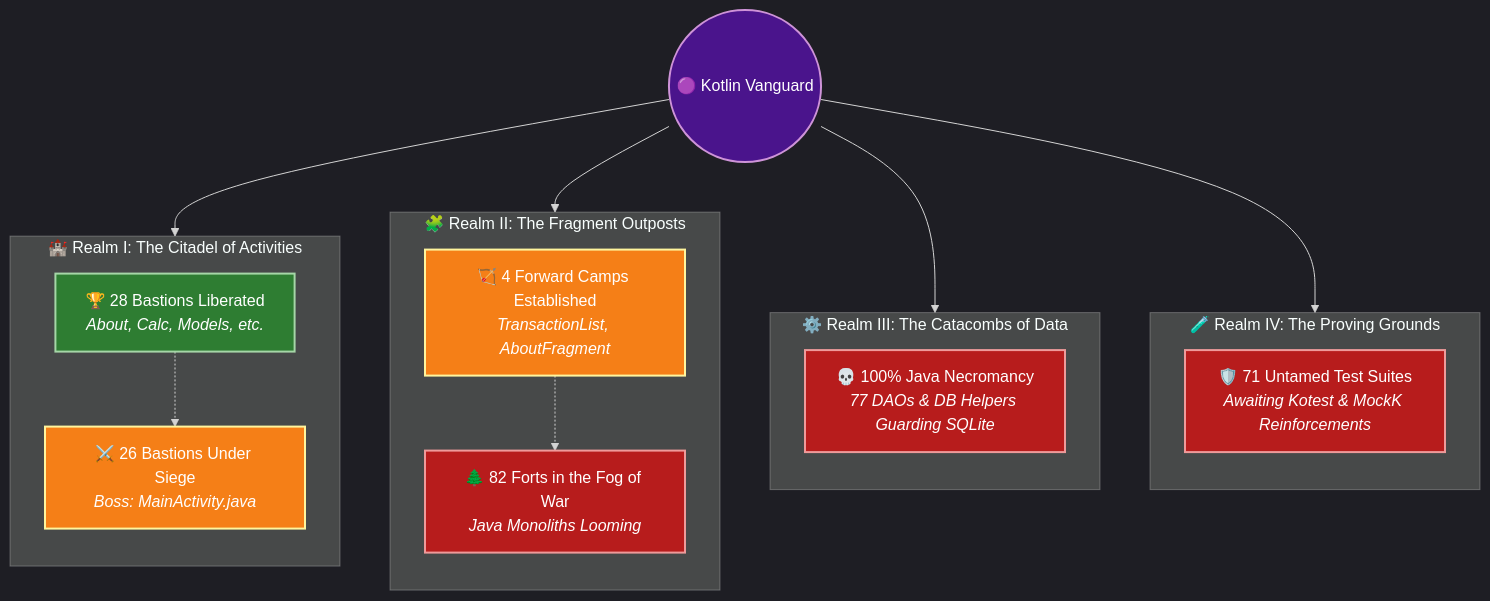
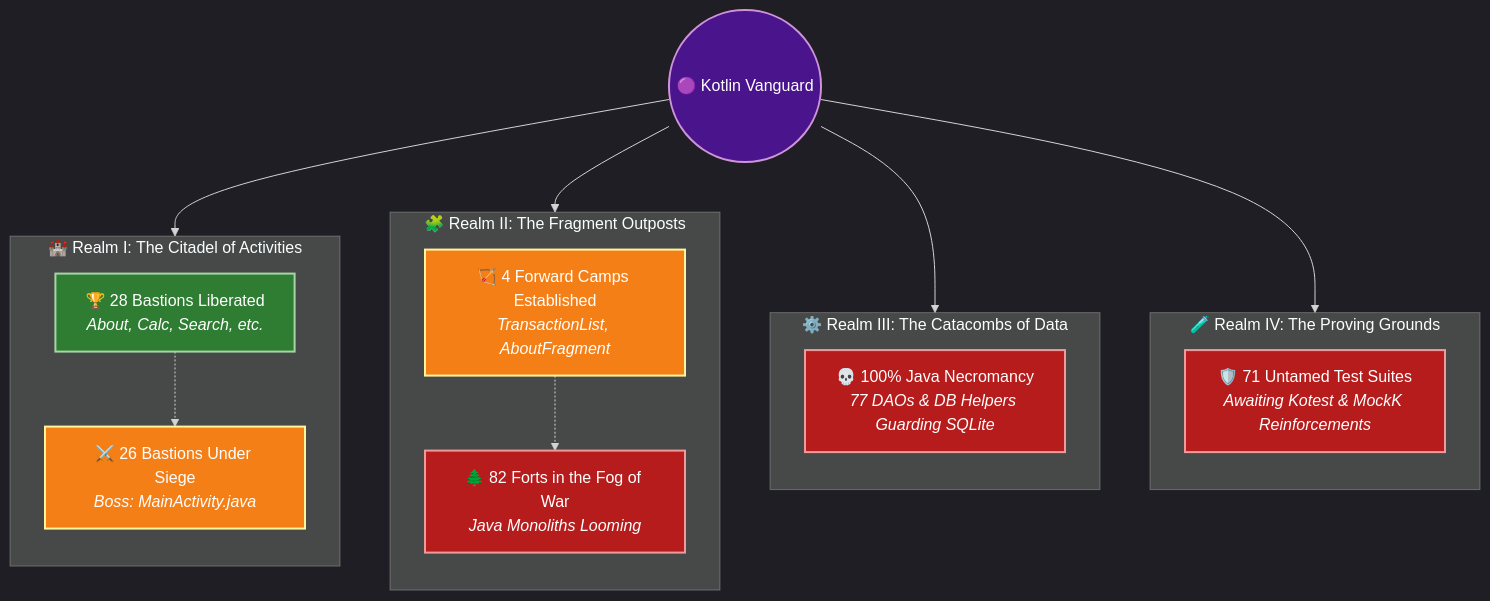
Before and after one commit to solomonrajan/cashledger: the second of 3 diagrams in KOTLIN_MIGRATION_REPORT.md, drawn with Mermaid. The commit also changed other lines of this file, not shown here.

````diff
--- a/KOTLIN_MIGRATION_REPORT.md
+++ b/KOTLIN_MIGRATION_REPORT.md
@@ -29,37 +29,37 @@
 ```mermaid
 %%{init: {'theme': 'dark', 'themeVariables': { 'fontFamily': 'monospace' }}}%%
 flowchart TD
     classDef liberated fill:#2e7d32,stroke:#a5d6a7,stroke-width:2px,color:#ffffff;
     classDef siege fill:#f57f17,stroke:#fff59d,stroke-width:2px,color:#ffffff;
     classDef occupied fill:#b71c1c,stroke:#ef9a9a,stroke-width:2px,color:#ffffff;
     classDef portal fill:#4a148c,stroke:#ce93d8,stroke-width:2px,color:#ffffff;
 
     Start((🟣 Kotlin Vanguard)):::portal --> Castle
     Start --> Valley
     Start --> Dungeon
     Start --> Arena
 
     subgraph Castle["🏰 Realm I: The Citadel of Activities"]
         direction TB
-        A_Won["🏆 28 Bastions Liberated<br/><i>About, Calc, Models, etc.</i>"]:::liberated
+        A_Won["🏆 28 Bastions Liberated<br/><i>About, Calc, Search, etc.</i>"]:::liberated
         A_Siege["⚔️ 26 Bastions Under Siege<br/><i>Boss: MainActivity.java</i>"]:::siege
         A_Won -.-> A_Siege
     end
 
     subgraph Valley["🧩 Realm II: The Fragment Outposts"]
         direction TB
         F_Scout["🏹 4 Forward Camps Established<br/><i>TransactionList, AboutFragment</i>"]:::siege
         F_Wild["🌲 82 Forts in the Fog of War<br/><i>Java Monoliths Looming</i>"]:::occupied
         F_Scout -.-> F_Wild
     end
 
     subgraph Dungeon["⚙️ Realm III: The Catacombs of Data"]
         direction TB
         D_Curse["💀 100% Java Necromancy<br/><i>77 DAOs & DB Helpers Guarding SQLite</i>"]:::occupied
     end
 
     subgraph Arena["🧪 Realm IV: The Proving Grounds"]
         direction TB
         T_Trial["🛡️ 71 Untamed Test Suites<br/><i>Awaiting Kotest & MockK Reinforcements</i>"]:::occupied
     end
 ```
````
